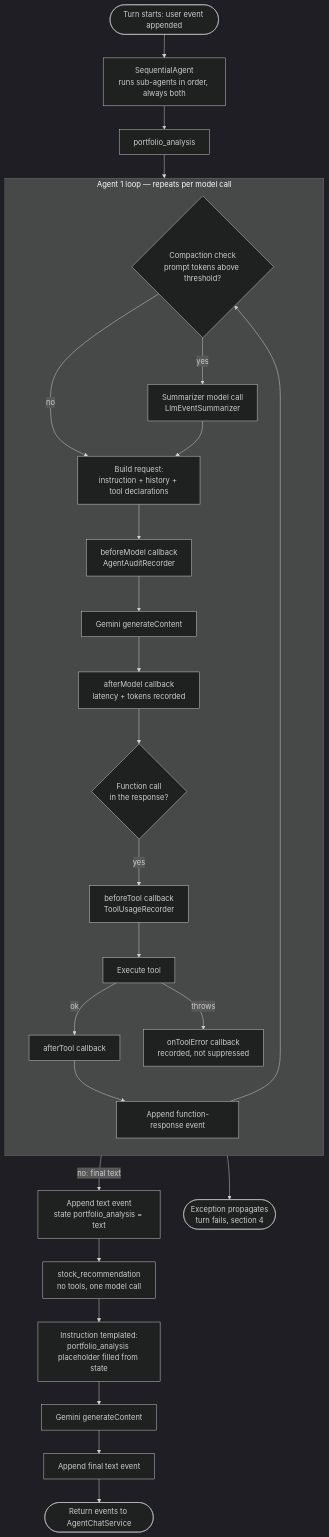
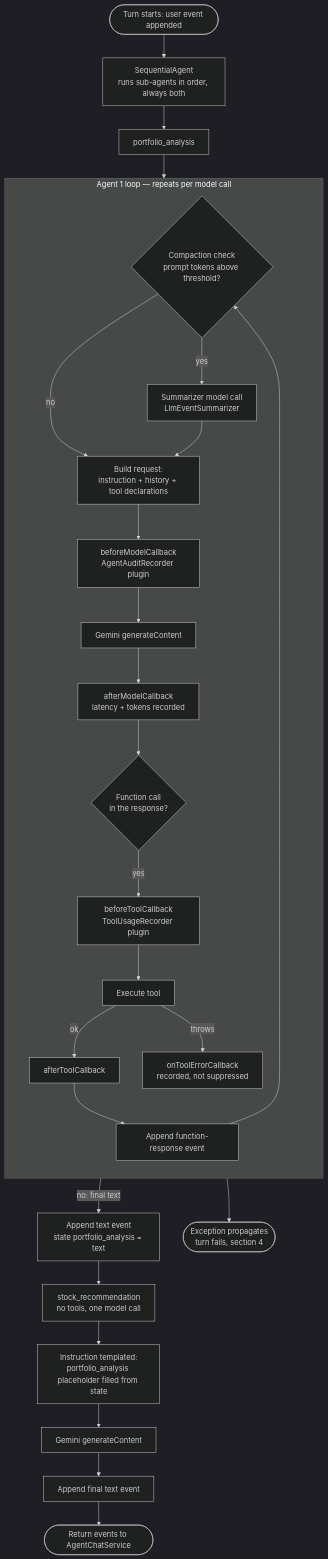
Before and after one commit to Akash-repo/wealth-advisor: the fourth of 12 diagrams in Routing.md, drawn with Mermaid (dark theme). The commit also changed other lines of this file and 10 other files, not shown here.

````diff
--- a/Routing.md
+++ b/Routing.md
@@ -197,31 +197,31 @@
 ```mermaid
 flowchart TD
     IN(["Turn starts: user event appended"]) --> SEQ["SequentialAgent<br/>runs sub-agents in order, always both"]
     SEQ --> A1S["portfolio_analysis"]
 
     subgraph LOOP["Agent 1 loop — repeats per model call"]
         direction TB
         CMP{"Compaction check<br/>prompt tokens above threshold?"} -- yes --> SUM["Summarizer model call<br/>LlmEventSummarizer"]
         CMP -- no --> BLD
         SUM --> BLD["Build request:<br/>instruction + history + tool declarations"]
-        BLD --> BM["beforeModel callback<br/>AgentAuditRecorder"]
+        BLD --> BM["beforeModelCallback<br/>AgentAuditRecorder plugin"]
         BM --> GEN["Gemini generateContent"]
-        GEN --> AM["afterModel callback<br/>latency + tokens recorded"]
+        GEN --> AM["afterModelCallback<br/>latency + tokens recorded"]
         AM --> FC{"Function call<br/>in the response?"}
-        FC -- yes --> BT["beforeTool callback<br/>ToolUsageRecorder"]
+        FC -- yes --> BT["beforeToolCallback<br/>ToolUsageRecorder plugin"]
         BT --> EXEC["Execute tool"]
-        EXEC -- ok --> AT["afterTool callback"]
-        EXEC -- throws --> OT["onToolError callback<br/>recorded, not suppressed"]
+        EXEC -- ok --> AT["afterToolCallback"]
+        EXEC -- throws --> OT["onToolErrorCallback<br/>recorded, not suppressed"]
         AT --> APP["Append function-response event"]
         APP --> CMP
     end
 
     A1S --> CMP
     FC -- "no: final text" --> OK1["Append text event<br/>state portfolio_analysis = text"]
     OT --> BOOM(["Exception propagates<br/>turn fails, section 4"])
     OK1 --> A2S["stock_recommendation<br/>no tools, one model call"]
     A2S --> TPL["Instruction templated:<br/>portfolio_analysis placeholder filled from state"]
     TPL --> G2["Gemini generateContent"]
     G2 --> OK2["Append final text event"]
     OK2 --> DONE(["Return events to AgentChatService"])
 ```
````
